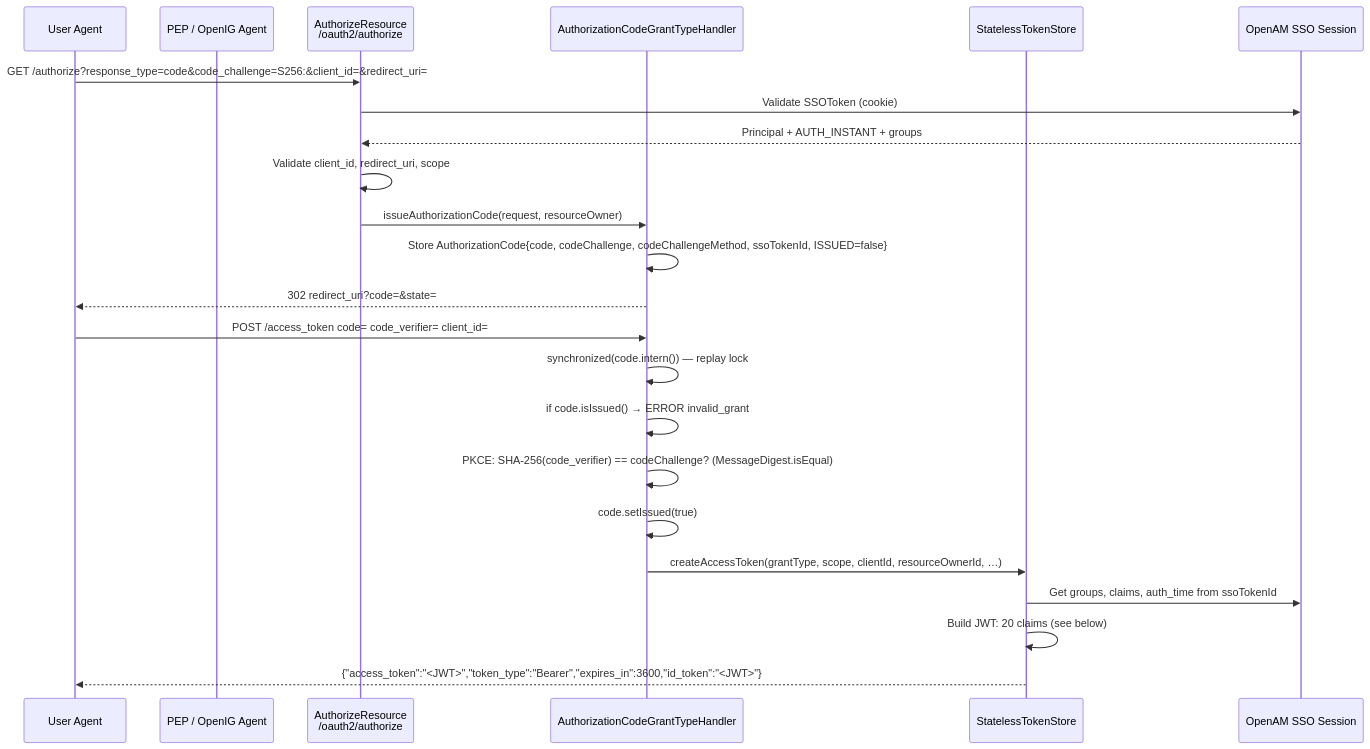
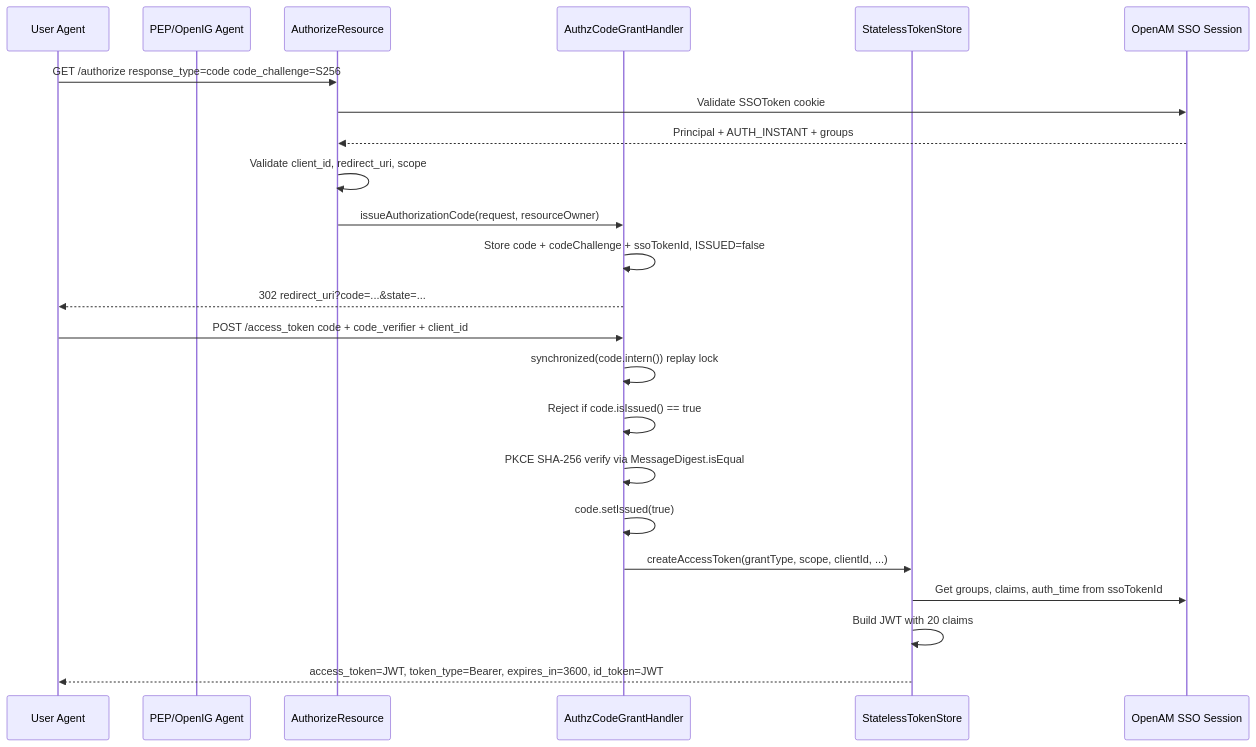
The first of 8 diagrams in site/src/content/docs/future-of-auth/index.md (kiriz/idp-research), drawn with Mermaid before and after one commit. The commit also changed other lines of this file, not shown here.

Commit message:
Fix Mermaid syntax errors in all 5 affected diagrams
- Diagram 1 (auth code flow): remove <br/> from participant labels, fix
  {curly braces} in message text, fix <JWT> angle brackets
- Diagram 3 (confused deputy): remove <br/> from participant labels
- Diagram 4 (machine identity): replace <1hr with 'under 1hr'
- Diagram 5 (MCP auth): remove JSON {} from sequenceDiagram message text
- Diagram 6 (gantt): remove internal colons from task labels (colon is
  Gantt's syntax delimiter — 'Software signing: PQ' broke the parser)

````diff
--- a/site/src/content/docs/future-of-auth/index.md
+++ b/site/src/content/docs/future-of-auth/index.md
@@ -32,27 +32,27 @@
 ```mermaid
 sequenceDiagram
     participant UA as User Agent
-    participant PEP as PEP / OpenIG Agent
-    participant AR as AuthorizeResource<br/>/oauth2/authorize
-    participant ACGTH as AuthorizationCodeGrantTypeHandler
+    participant PEP as PEP/OpenIG Agent
+    participant AR as AuthorizeResource
+    participant ACGTH as AuthzCodeGrantHandler
     participant TSS as StatelessTokenStore
     participant SSO as OpenAM SSO Session
 
-    UA->>AR: GET /authorize?response_type=code&code_challenge=S256:&client_id=&redirect_uri=
-    AR->>SSO: Validate SSOToken (cookie)
+    UA->>AR: GET /authorize response_type=code code_challenge=S256
+    AR->>SSO: Validate SSOToken cookie
     SSO-->>AR: Principal + AUTH_INSTANT + groups
     AR->>AR: Validate client_id, redirect_uri, scope
     AR->>ACGTH: issueAuthorizationCode(request, resourceOwner)
-    ACGTH->>ACGTH: Store AuthorizationCode{code, codeChallenge, codeChallengeMethod, ssoTokenId, ISSUED=false}
-    ACGTH-->>UA: 302 redirect_uri?code=&state=
+    ACGTH->>ACGTH: Store code + codeChallenge + ssoTokenId, ISSUED=false
+    ACGTH-->>UA: 302 redirect_uri?code=...&state=...
 
-    UA->>ACGTH: POST /access_token code= code_verifier= client_id=
-    ACGTH->>ACGTH: synchronized(code.intern()) — replay lock
-    ACGTH->>ACGTH: if code.isIssued() → ERROR invalid_grant
-    ACGTH->>ACGTH: PKCE: SHA-256(code_verifier) == codeChallenge? (MessageDigest.isEqual)
+    UA->>ACGTH: POST /access_token code + code_verifier + client_id
+    ACGTH->>ACGTH: synchronized(code.intern()) replay lock
+    ACGTH->>ACGTH: Reject if code.isIssued() == true
+    ACGTH->>ACGTH: PKCE SHA-256 verify via MessageDigest.isEqual
     ACGTH->>ACGTH: code.setIssued(true)
-    ACGTH->>TSS: createAccessToken(grantType, scope, clientId, resourceOwnerId, …)
+    ACGTH->>TSS: createAccessToken(grantType, scope, clientId, ...)
     TSS->>SSO: Get groups, claims, auth_time from ssoTokenId
-    TSS->>TSS: Build JWT: 20 claims (see below)
-    TSS-->>UA: {"access_token":"<JWT>","token_type":"Bearer","expires_in":3600,"id_token":"<JWT>"}
+    TSS->>TSS: Build JWT with 20 claims
+    TSS-->>UA: access_token=JWT, token_type=Bearer, expires_in=3600, id_token=JWT
 ```
````
